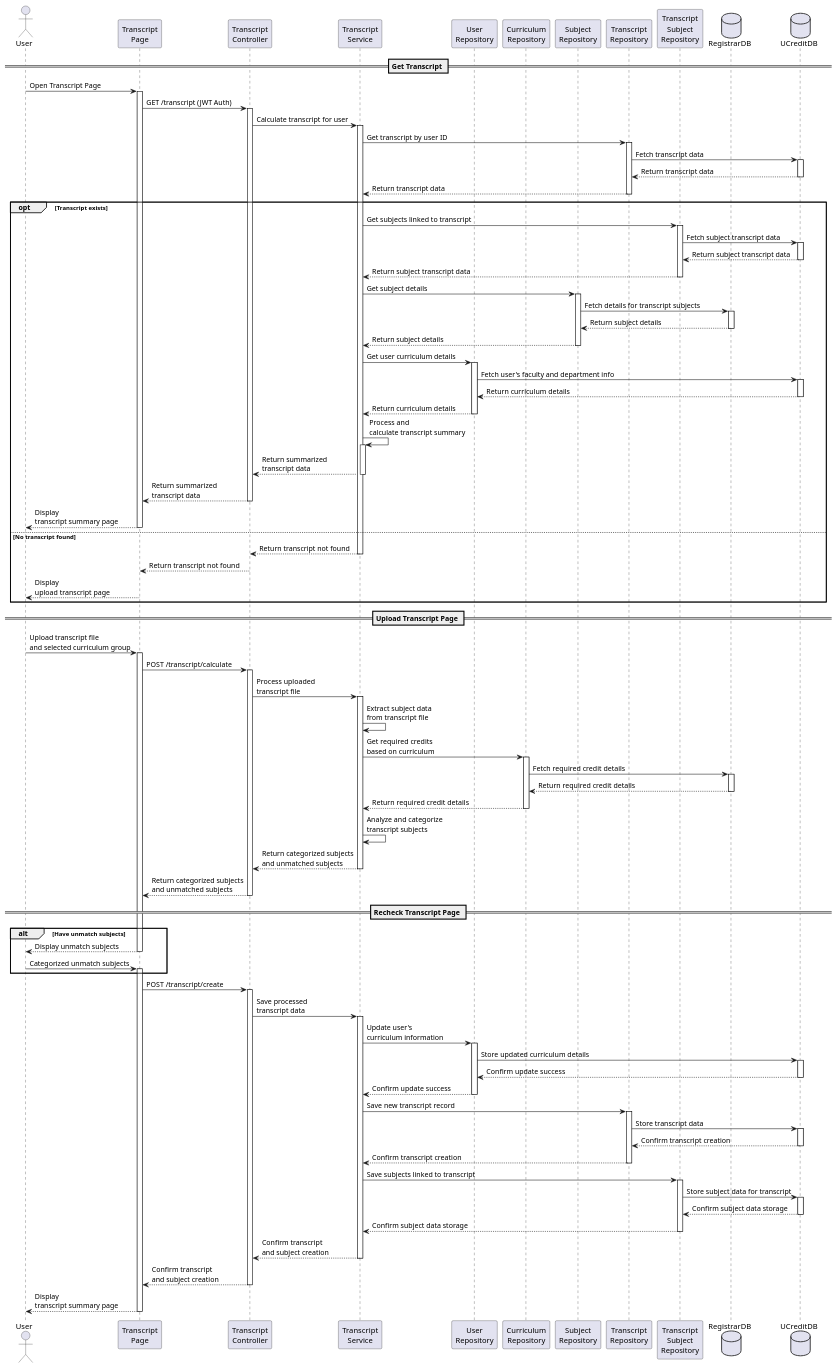
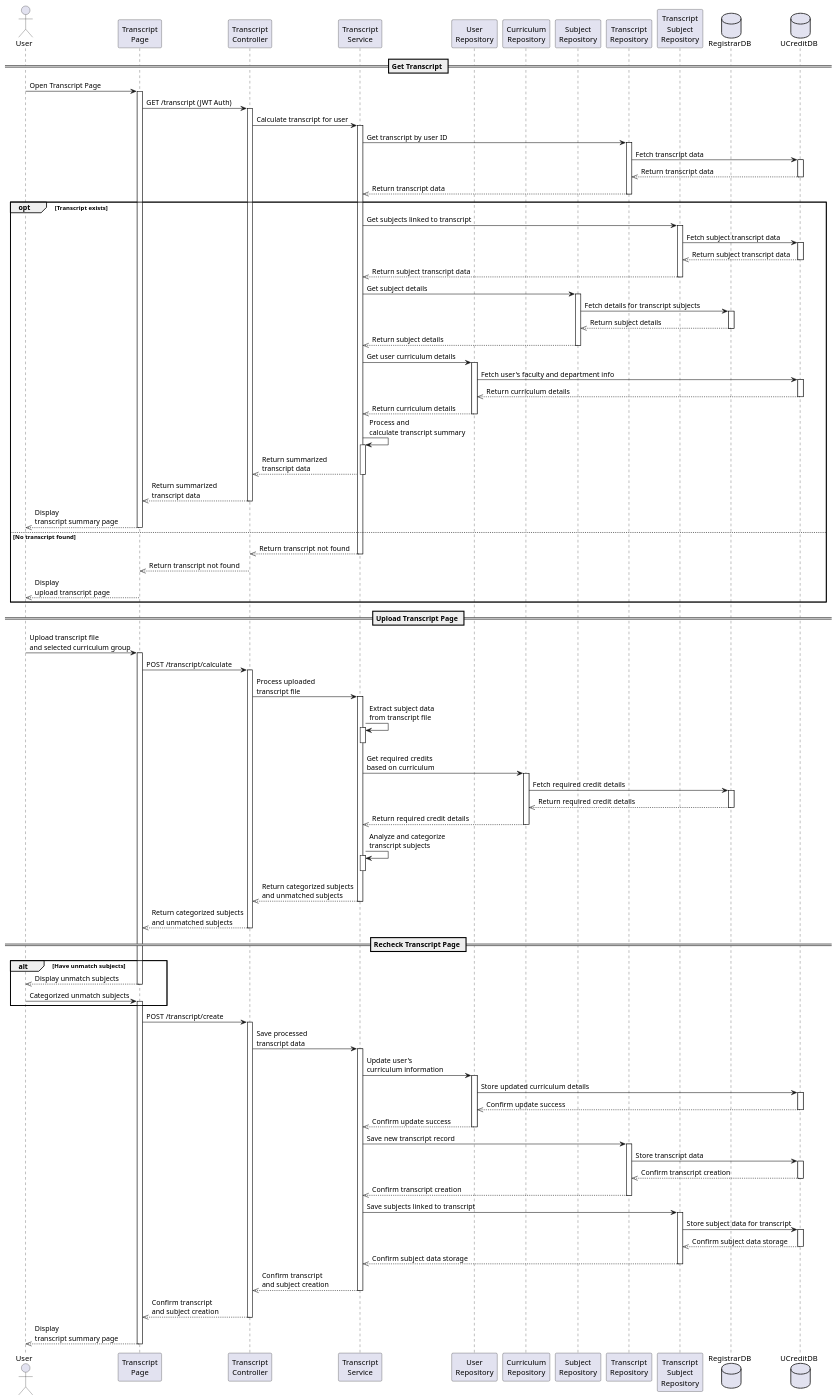
One commit to u-credit/solution changed the diagram in diagram/transcript-page-sequence-component.plantuml. Above: the diagram before and after it, drawn with PlantUML. The commit also changed 1 other file, not shown here.

```diff
--- a/diagram/transcript-page-sequence-component.plantuml
+++ b/diagram/transcript-page-sequence-component.plantuml
@@ -1,91 +1,93 @@
 @startuml Transcript Page
 actor User
 participant "Transcript\nPage" as Frontend
 participant "Transcript\nController" as Controller
 participant "Transcript\nService" as Service
 participant "User\nRepository" as UserRepository
 participant "Curriculum\nRepository" as CurriculumRepository
 participant "Subject\nRepository" as SubjectRepository
 participant "Transcript\nRepository" as TranscriptRepository
 participant "Transcript\nSubject\nRepository" as TranscriptSubjectRepository
 database "RegistrarDB" as Reg
 database "UCreditDB" as Ucredit
 
 == Get Transcript ==
 User -> Frontend ++ : Open Transcript Page
 Frontend -> Controller ++ : GET /transcript (JWT Auth)
 Controller -> Service ++ : Calculate transcript for user
 Service -> TranscriptRepository ++ : Get transcript by user ID
 TranscriptRepository -> Ucredit ++ : Fetch transcript data
-Ucredit --> TranscriptRepository -- : Return transcript data
-TranscriptRepository --> Service -- : Return transcript data
+Ucredit -->> TranscriptRepository -- : Return transcript data
+TranscriptRepository -->> Service -- : Return transcript data
 
 opt Transcript exists
     Service -> TranscriptSubjectRepository ++ : Get subjects linked to transcript
     TranscriptSubjectRepository -> Ucredit ++ : Fetch subject transcript data
-    Ucredit --> TranscriptSubjectRepository -- : Return subject transcript data
-    TranscriptSubjectRepository --> Service -- : Return subject transcript data
+    Ucredit -->> TranscriptSubjectRepository -- : Return subject transcript data
+    TranscriptSubjectRepository -->> Service -- : Return subject transcript data
 
     Service -> SubjectRepository ++ : Get subject details
     SubjectRepository -> Reg ++ : Fetch details for transcript subjects
-    Reg --> SubjectRepository -- : Return subject details
-    SubjectRepository --> Service -- : Return subject details
+    Reg -->> SubjectRepository -- : Return subject details
+    SubjectRepository -->> Service -- : Return subject details
 
     Service -> UserRepository ++ : Get user curriculum details
     UserRepository -> Ucredit ++ : Fetch user's faculty and department info
-    Ucredit --> UserRepository -- : Return curriculum details
-    UserRepository --> Service -- : Return curriculum details
+    Ucredit -->> UserRepository -- : Return curriculum details
+    UserRepository -->> Service -- : Return curriculum details
 
     Service -> Service ++ : Process and\ncalculate transcript summary
-    Service --> Controller -- : Return summarized\ntranscript data
-    Controller --> Frontend -- : Return summarized\ntranscript data
-    Frontend --> User -- : Display\ntranscript summary page
+    Service -->> Controller -- : Return summarized\ntranscript data
+    Controller -->> Frontend -- : Return summarized\ntranscript data
+    Frontend -->> User -- : Display\ntranscript summary page
 else No transcript found
-    Service --> Controller -- : Return transcript not found
-    Controller --> Frontend -- : Return transcript not found
-    Frontend --> User -- : Display\nupload transcript page
+    Service -->> Controller -- : Return transcript not found
+    Controller -->> Frontend -- : Return transcript not found
+    Frontend -->> User -- : Display\nupload transcript page
 end
 
 == Upload Transcript Page ==
 User -> Frontend ++ : Upload transcript file\nand selected curriculum group
 Frontend -> Controller ++ : POST /transcript/calculate
 Controller -> Service ++ : Process uploaded\ntranscript file
-Service -> Service : Extract subject data\nfrom transcript file
+Service -> Service ++ : Extract subject data\nfrom transcript file
+deactivate
 
 Service -> CurriculumRepository ++ : Get required credits\nbased on curriculum
 CurriculumRepository -> Reg ++ : Fetch required credit details
-Reg --> CurriculumRepository -- : Return required credit details
-CurriculumRepository --> Service -- : Return required credit details
+Reg -->> CurriculumRepository -- : Return required credit details
+CurriculumRepository -->> Service -- : Return required credit details
 
-Service -> Service : Analyze and categorize\ntranscript subjects
-Service --> Controller -- : Return categorized subjects\nand unmatched subjects
-Controller --> Frontend -- : Return categorized subjects\nand unmatched subjects
+Service -> Service ++ : Analyze and categorize\ntranscript subjects
+deactivate
+Service -->> Controller -- : Return categorized subjects\nand unmatched subjects
+Controller -->> Frontend -- : Return categorized subjects\nand unmatched subjects
 
 == Recheck Transcript Page ==
 alt Have unmatch subjects
-    Frontend --> User -- : Display unmatch subjects
+    Frontend -->> User -- : Display unmatch subjects
     User -> Frontend ++ : Categorized unmatch subjects
 end
 
 Frontend -> Controller ++ : POST /transcript/create
 Controller -> Service ++ : Save processed\ntranscript data
 Service -> UserRepository ++ : Update user's\ncurriculum information
 UserRepository -> Ucredit ++ : Store updated curriculum details
-Ucredit --> UserRepository -- : Confirm update success
-UserRepository --> Service -- : Confirm update success
+Ucredit -->> UserRepository -- : Confirm update success
+UserRepository -->> Service -- : Confirm update success
 
 Service -> TranscriptRepository ++ : Save new transcript record
 TranscriptRepository -> Ucredit ++ : Store transcript data
-Ucredit --> TranscriptRepository -- : Confirm transcript creation
-TranscriptRepository --> Service -- : Confirm transcript creation
+Ucredit -->> TranscriptRepository -- : Confirm transcript creation
+TranscriptRepository -->> Service -- : Confirm transcript creation
 
 Service -> TranscriptSubjectRepository ++ : Save subjects linked to transcript
 TranscriptSubjectRepository -> Ucredit ++ : Store subject data for transcript
-Ucredit --> TranscriptSubjectRepository -- : Confirm subject data storage
-TranscriptSubjectRepository --> Service -- : Confirm subject data storage
+Ucredit -->> TranscriptSubjectRepository -- : Confirm subject data storage
+TranscriptSubjectRepository -->> Service -- : Confirm subject data storage
 
-Service --> Controller -- : Confirm transcript\nand subject creation
-Controller --> Frontend -- : Confirm transcript\nand subject creation
-Frontend --> User -- : Display\ntranscript summary page
+Service -->> Controller -- : Confirm transcript\nand subject creation
+Controller -->> Frontend -- : Confirm transcript\nand subject creation
+Frontend -->> User -- : Display\ntranscript summary page
 
 @enduml
```
